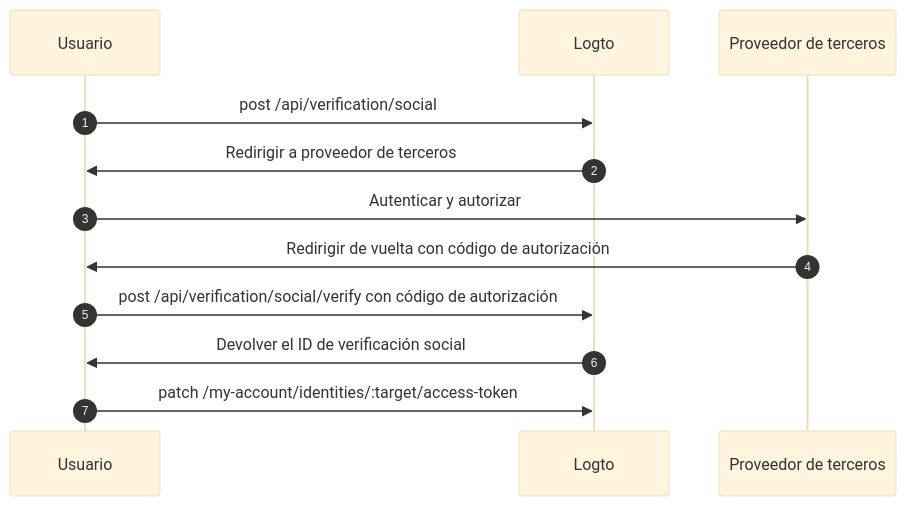
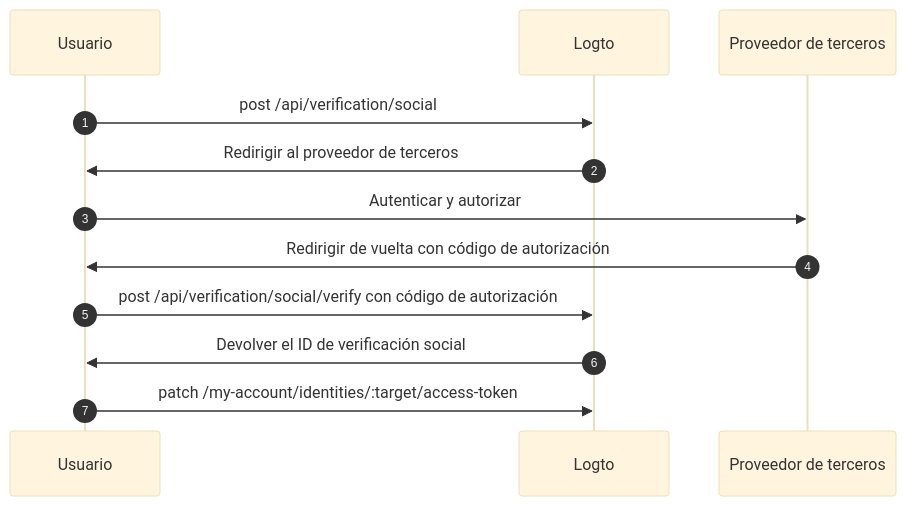
One commit to logto-io/docs changed the diagram in i18n/es/docusaurus-plugin-content-docs/current/secret-vault/federated-token-set.mdx. Above: the diagram before and after it, drawn with Mermaid (base theme). The commit also changed other lines of this file and 59 other files, not shown here.

````diff
--- a/i18n/es/docusaurus-plugin-content-docs/current/secret-vault/federated-token-set.mdx
+++ b/i18n/es/docusaurus-plugin-content-docs/current/secret-vault/federated-token-set.mdx
@@ -138,16 +146,16 @@
 ```mermaid
 sequenceDiagram
     autonumber
 
     participant User as Usuario
     participant Logto as Logto
     participant Provider as Proveedor de terceros
 
     User->>Logto: post /api/verification/social
-    Logto->>User: Redirigir a proveedor de terceros
+    Logto->>User: Redirigir al proveedor de terceros
     User->>Provider: Autenticar y autorizar
     Provider->>User: Redirigir de vuelta con código de autorización
     User->>Logto: post /api/verification/social/verify con código de autorización
     Logto->>User: Devolver el ID de verificación social
     User->>Logto: patch /my-account/identities/:target/access-token
 ```
````
